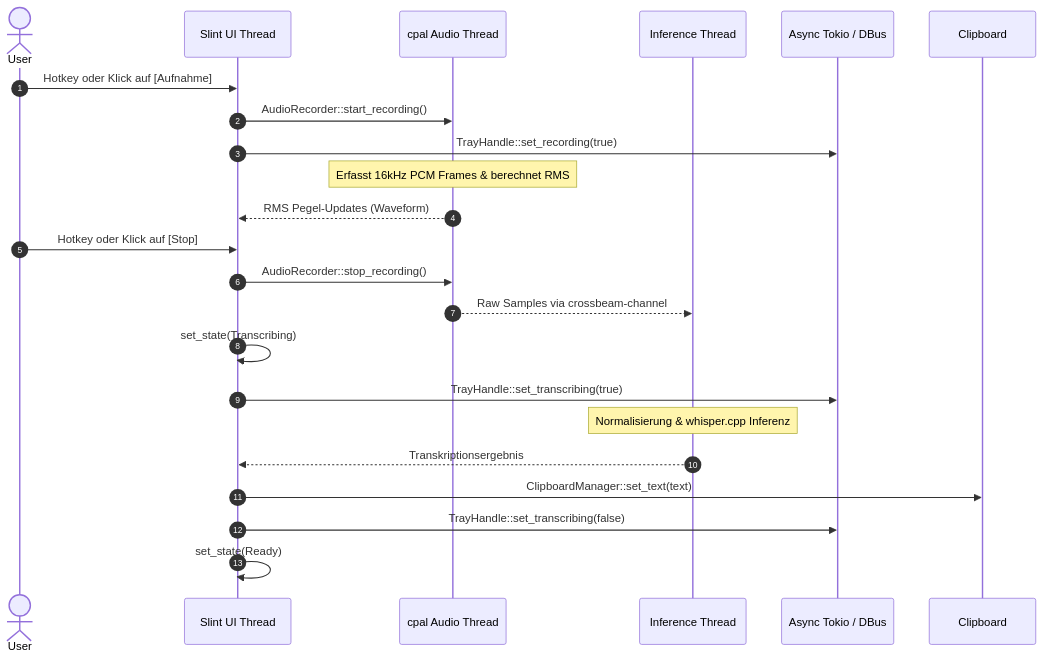
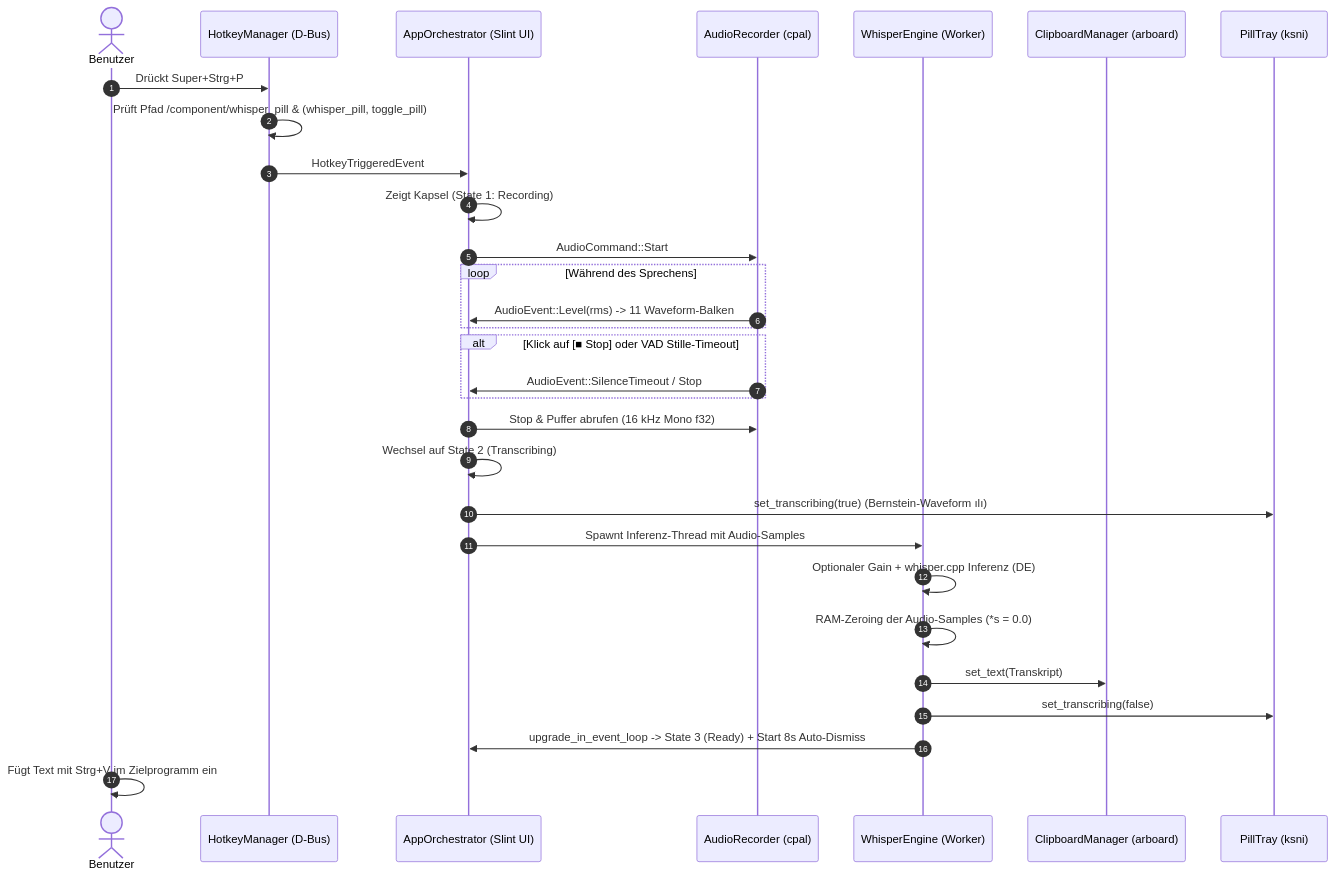
One commit to Sympa1/whisper_pill changed the fourth of 4 diagrams in docs/architecture/technical_documentation.md. Above: the diagram before and after it, drawn with Mermaid. The commit also changed other lines of this file and 11 other files, not shown here.

````diff
--- a/docs/architecture/technical_documentation.md
+++ b/docs/architecture/technical_documentation.md
@@ -145,27 +185,33 @@
 ```mermaid
 sequenceDiagram
     autonumber
-    actor User
-    participant UI as Slint UI Thread
-    participant Audio as cpal Audio Thread
-    participant Worker as Inference Thread
-    participant Tray as Async Tokio / DBus
+    actor User as Benutzer
+    participant Hotkey as HotkeyManager (D-Bus)
+    participant Main as AppOrchestrator (Slint UI)
+    participant Audio as AudioRecorder (cpal)
+    participant Worker as WhisperEngine (Worker)
+    participant Clip as ClipboardManager (arboard)
+    participant Tray as PillTray (ksni)
 
-    User->>UI: Hotkey oder Klick auf [Aufnahme]
-    UI->>Audio: AudioRecorder::start_recording()
-    UI->>Tray: TrayHandle::set_recording(true)
-    Note over Audio: Erfasst 16kHz PCM Frames & berechnet RMS
-    Audio-->>UI: RMS Pegel-Updates (Waveform)
-
-    User->>UI: Hotkey oder Klick auf [Stop]
-    UI->>Audio: AudioRecorder::stop_recording()
-    Audio-->>Worker: Raw Samples via crossbeam-channel
-    UI->>UI: set_state(Transcribing)
-    UI->>Tray: TrayHandle::set_transcribing(true)
-
-    Note over Worker: Normalisierung & whisper.cpp Inferenz
-    Worker-->>UI: Transkriptionsergebnis
-    UI->>Clipboard: ClipboardManager::set_text(text)
-    UI->>Tray: TrayHandle::set_transcribing(false)
-    UI->>UI: set_state(Ready)
+    User->>Hotkey: Drückt Super+Strg+P
+    Hotkey->>Hotkey: Prüft Pfad /component/whisper_pill & (whisper_pill, toggle_pill)
+    Hotkey->>Main: HotkeyTriggeredEvent
+    Main->>Main: Zeigt Kapsel (State 1: Recording)
+    Main->>Audio: AudioCommand::Start
+    loop Während des Sprechens
+        Audio->>Main: AudioEvent::Level(rms) -> 11 Waveform-Balken
+    end
+    alt Klick auf [■ Stop] oder VAD Stille-Timeout
+        Audio->>Main: AudioEvent::SilenceTimeout / Stop
+    end
+    Main->>Audio: Stop & Puffer abrufen (16 kHz Mono f32)
+    Main->>Main: Wechsel auf State 2 (Transcribing)
+    Main->>Tray: set_transcribing(true) (Bernstein-Waveform ılı)
+    Main->>Worker: Spawnt Inferenz-Thread mit Audio-Samples
+    Worker->>Worker: Optionaler Gain + whisper.cpp Inferenz (DE)
+    Worker->>Worker: RAM-Zeroing der Audio-Samples (*s = 0.0)
+    Worker->>Clip: set_text(Transkript)
+    Worker->>Tray: set_transcribing(false)
+    Worker->>Main: upgrade_in_event_loop -> State 3 (Ready) + Start 8s Auto-Dismiss
+    User->>User: Fügt Text mit Strg+V im Zielprogramm ein
 ```
````
